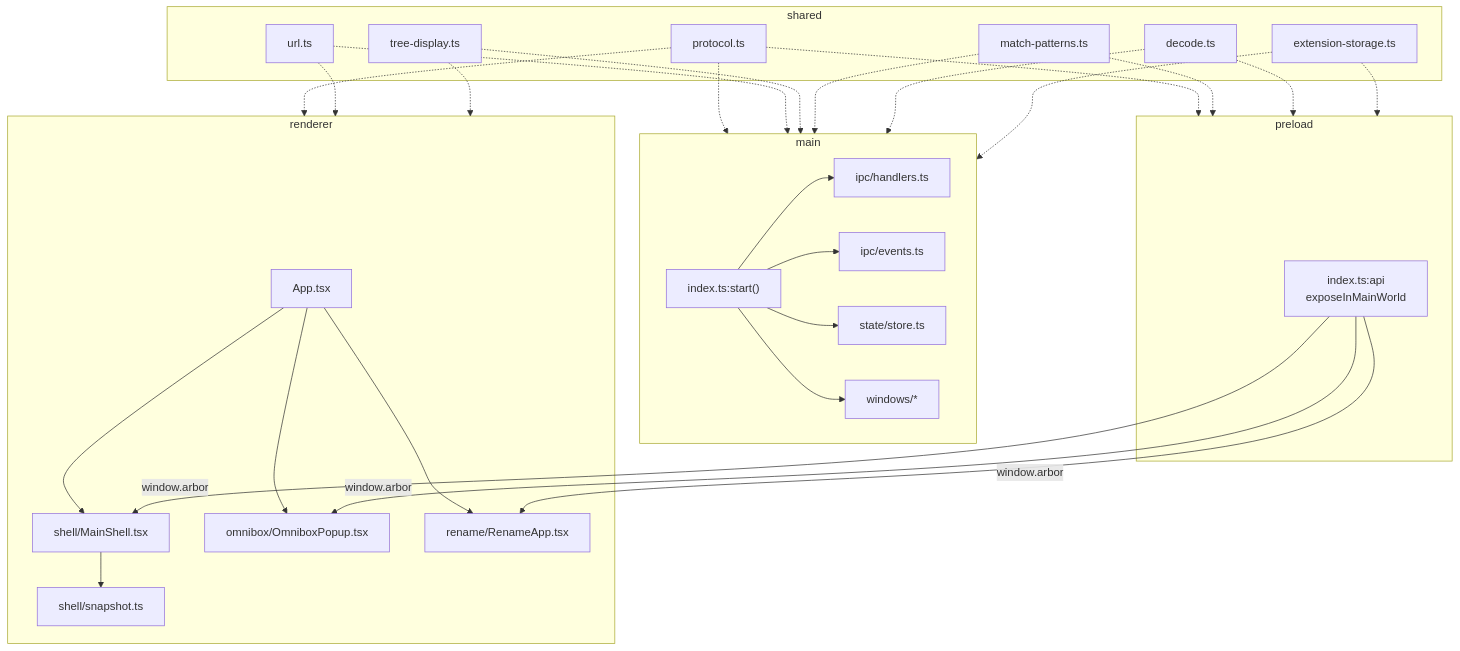
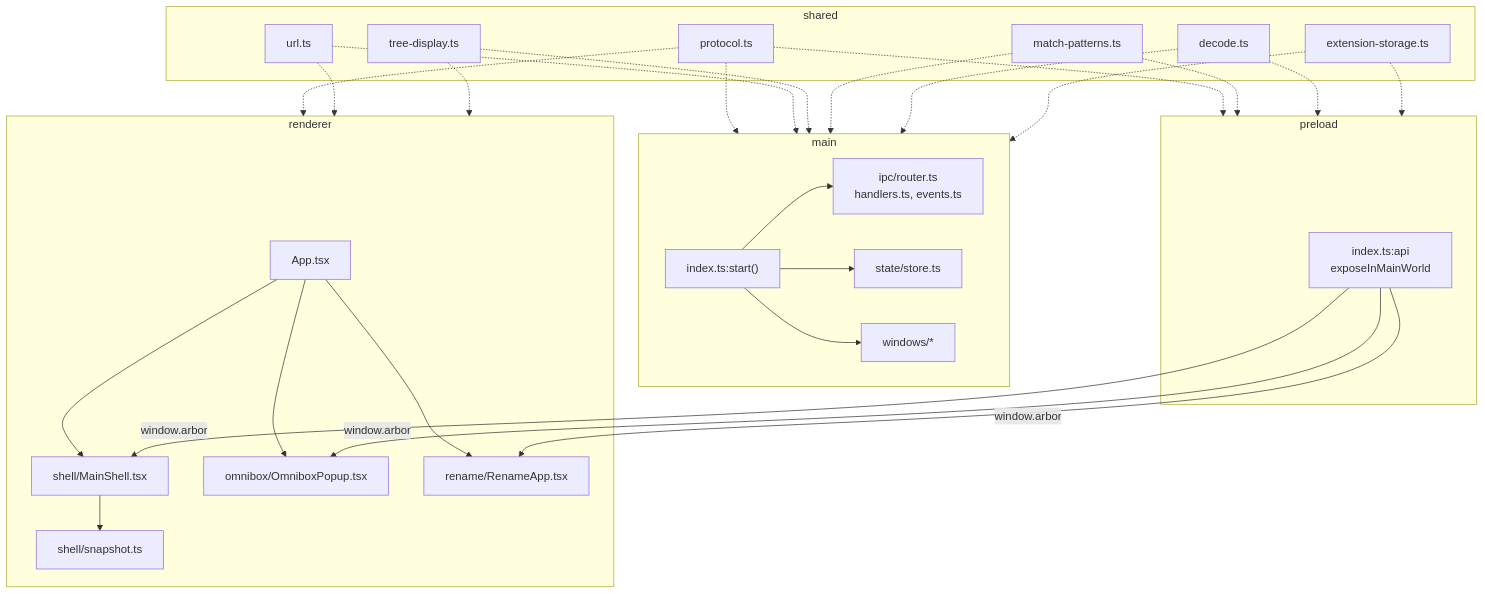
The first of 2 diagrams in docs/architecture/01-processes.md (rom100main/arbor), drawn with Mermaid before and after one commit. The commit also changed other lines of this file and 3 other files, not shown here.

````diff
--- a/docs/architecture/01-processes.md
+++ b/docs/architecture/01-processes.md
@@ -59,53 +61,51 @@
 ```mermaid
 flowchart TB
     subgraph M["main"]
         S["index.ts:start()"]
-        H["ipc/handlers.ts"]
-        E["ipc/events.ts"]
+        H["ipc/router.ts<br/>handlers.ts, events.ts"]
         ST["state/store.ts"]
         W["windows/*"]
     end
     subgraph P["preload"]
         B["index.ts:api<br/>exposeInMainWorld"]
     end
     subgraph R["renderer"]
         A["App.tsx"]
         SH["shell/MainShell.tsx"]
         OM["omnibox/OmniboxPopup.tsx"]
         RN["rename/RenameApp.tsx"]
         SN["shell/snapshot.ts"]
     end
     subgraph SHR["shared"]
         PR["protocol.ts"]
         URL["url.ts"]
         TD["tree-display.ts"]
         MP["match-patterns.ts"]
         DEC["decode.ts"]
         ES["extension-storage.ts"]
     end
 
     S --> H
-    S --> E
     S --> ST
     S --> W
     A --> SH
     A --> OM
     A --> RN
     SH --> SN
     B -->|"window.arbor"| SH
     B -->|"window.arbor"| OM
     B -->|"window.arbor"| RN
     PR -.-> M
     PR -.-> P
     PR -.-> R
     URL -.-> M
     URL -.-> R
     TD -.-> M
     TD -.-> R
     MP -.-> M
     MP -.-> P
     DEC -.-> M
     DEC -.-> P
     ES -.-> M
     ES -.-> P
 ```
````
